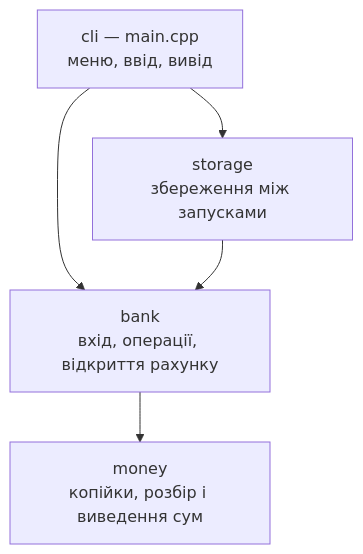
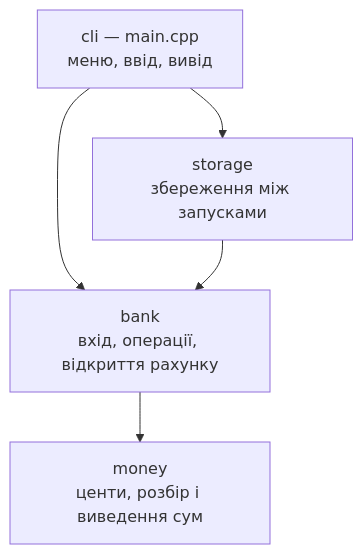
One commit to dyrikos/product-banksystem changed the second of 2 diagrams in 2-architecture/architecture.md. Above: the diagram before and after it, drawn with Mermaid. The commit also changed other lines of this file and 29 other files, not shown here.

````diff
--- a/2-architecture/architecture.md
+++ b/2-architecture/architecture.md
@@ -24,7 +24,7 @@
 ```mermaid
 flowchart TB
     cli["cli — main.cpp<br/>меню, ввід, вивід"] --> bank["bank<br/>вхід, операції, відкриття рахунку"]
     cli --> storage["storage<br/>збереження між запусками"]
-    bank --> money["money<br/>копійки, розбір і виведення сум"]
+    bank --> money["money<br/>центи, розбір і виведення сум"]
     storage --> bank
 ```
````
